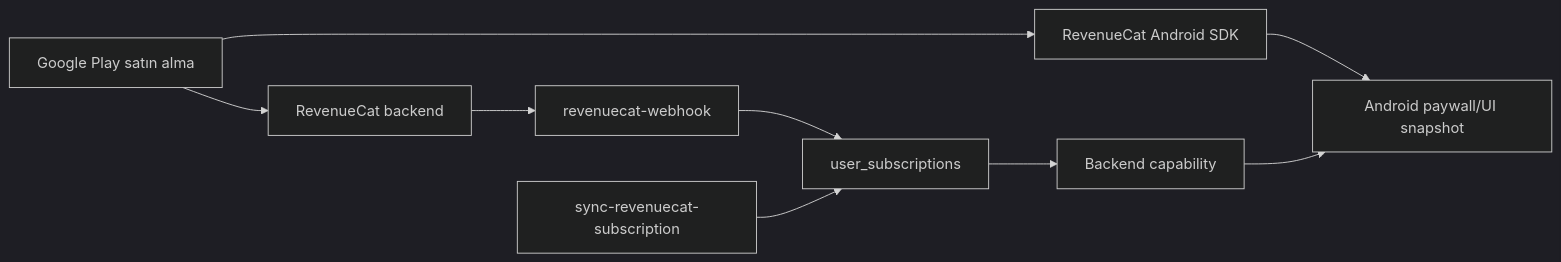
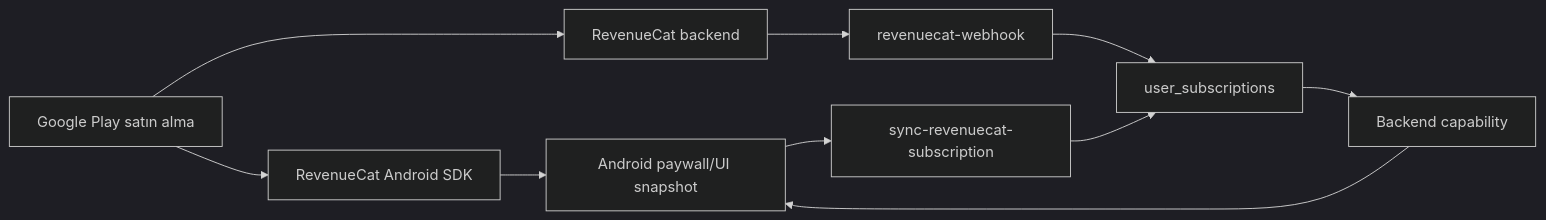
The third of 5 diagrams in docs/android/RISKDETECTED_ANDROID_GUVENLI_GECIS_MASTER_PLANI_2026-08-06.md (KeremDev/RiskDetected), drawn with Mermaid (dark theme) before and after one commit. The commit also changed other lines of this file and 39 other files, not shown here.

Commit message:
fix: restore analysis routing and harden mobile flows

````diff
--- a/docs/android/RISKDETECTED_ANDROID_GUVENLI_GECIS_MASTER_PLANI_2026-08-06.md
+++ b/docs/android/RISKDETECTED_ANDROID_GUVENLI_GECIS_MASTER_PLANI_2026-08-06.md
@@ -1247,11 +1247,12 @@
 ```mermaid
 flowchart LR
     P["Google Play satın alma"] --> RCSDK["RevenueCat Android SDK"]
     P --> RC["RevenueCat backend"]
     RC --> WH["revenuecat-webhook"]
     RCSDK --> UI["Android paywall/UI snapshot"]
+    UI --> SYNC["sync-revenuecat-subscription"]
     WH --> SUB["user_subscriptions"]
-    SYNC["sync-revenuecat-subscription"] --> SUB
+    SYNC --> SUB
     SUB --> CAP["Backend capability"]
     CAP --> UI
 ```
````
